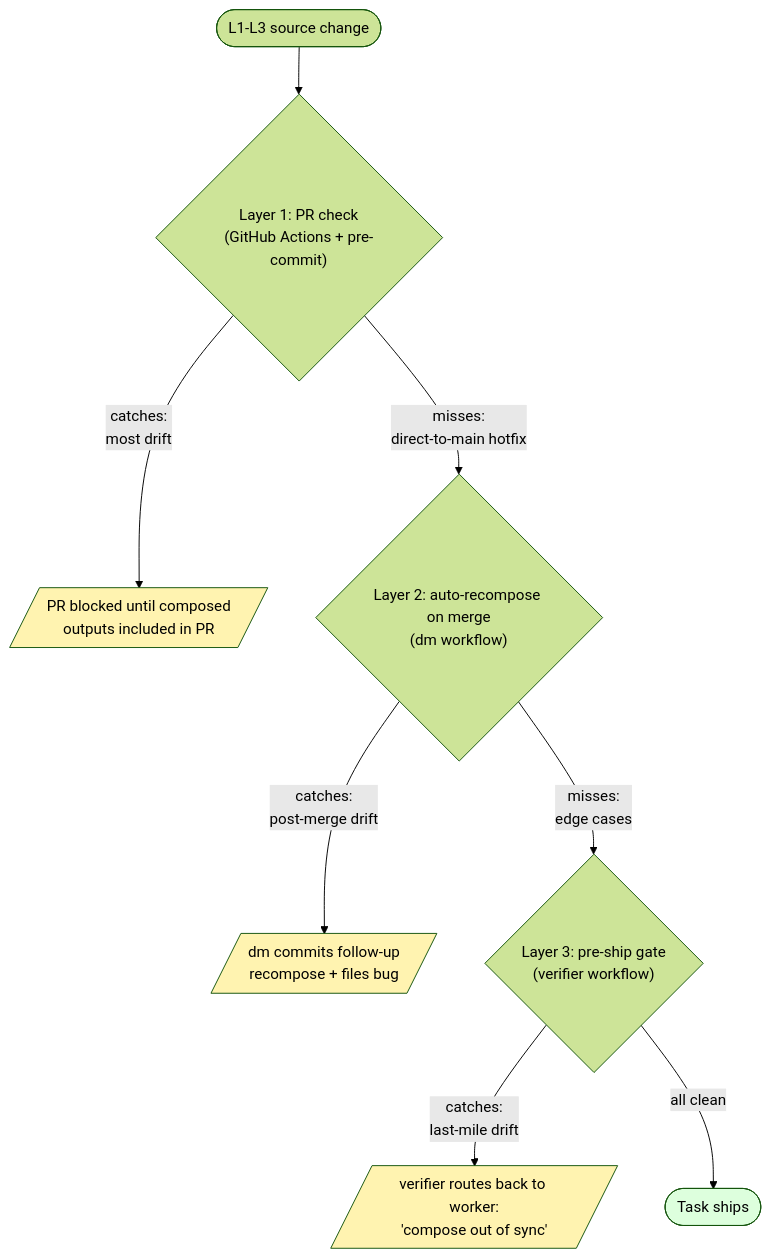
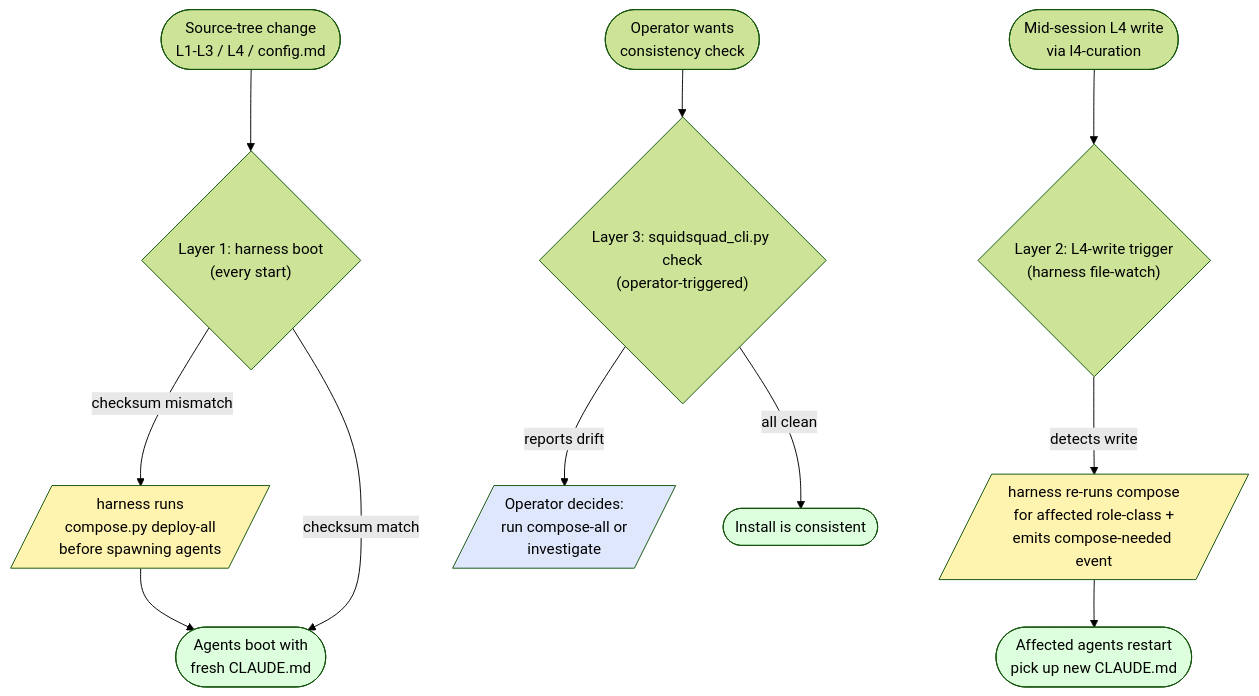
Diagram 12 of 12 in docs/COMPOSE-ARCHITECTURE.md (WallyDoodlez/SquidSquad), drawn with Mermaid (forest theme) before and after one commit. The commit also changed other lines of this file and 1 other file, not shown here.

First line of the commit message:
docs: TRD revision + PRD-A draft (compose link stage)

````diff
--- a/docs/COMPOSE-ARCHITECTURE.md
+++ b/docs/COMPOSE-ARCHITECTURE.md
@@ -1431,17 +1433,25 @@
 ```mermaid
 flowchart TB
-  Change([L1-L3 source change])
-  Change --> L1c{"Layer 1: PR check<br/>(GitHub Actions + pre-commit)"}
-  L1c -->|"catches:<br/>most drift"| L1Block[/"PR blocked until composed<br/>outputs included in PR"/]
-  L1c -->|"misses:<br/>direct-to-main hotfix"| L2c
-  L2c{"Layer 2: auto-recompose on merge<br/>(dm workflow)"}
-  L2c -->|"catches:<br/>post-merge drift"| L2Block[/"dm commits follow-up<br/>recompose + files bug"/]
-  L2c -->|"misses:<br/>edge cases"| L3c
-  L3c{"Layer 3: pre-ship gate<br/>(verifier workflow)"}
-  L3c -->|"catches:<br/>last-mile drift"| L3Block[/"verifier routes back to worker:<br/>'compose out of sync'"/]
-  L3c -->|"all clean"| Ship([Task ships])
-  style L1Block fill:#fff3b0
-  style L2Block fill:#fff3b0
-  style L3Block fill:#fff3b0
-  style Ship fill:#dfd
+  Source([Source-tree change<br/>L1-L3 / L4 / config.md])
+  Source --> Boot{"Layer 1: harness boot<br/>(every start)"}
+  Boot -->|"checksum mismatch"| L1Fix[/"harness runs<br/>compose.py deploy-all<br/>before spawning agents"/]
+  L1Fix --> Spawn([Agents boot with<br/>fresh CLAUDE.md])
+  Boot -->|"checksum match"| Spawn
+
+  L4Write([Mid-session L4 write<br/>via l4-curation])
+  L4Write --> L2c{"Layer 2: L4-write trigger<br/>(harness file-watch)"}
+  L2c -->|"detects write"| L2Fix[/"harness re-runs compose<br/>for affected role-class +<br/>emits compose-needed event"/]
+  L2Fix --> Restart([Affected agents restart<br/>pick up new CLAUDE.md])
+
+  Op([Operator wants<br/>consistency check])
+  Op --> L3c{"Layer 3: squidsquad_cli.py check<br/>(operator-triggered)"}
+  L3c -->|"reports drift"| L3Info[/"Operator decides:<br/>run compose-all or<br/>investigate"/]
+  L3c -->|"all clean"| L3OK([Install is consistent])
+
+  style L1Fix fill:#fff3b0
+  style L2Fix fill:#fff3b0
+  style L3Info fill:#dfe7fd
+  style Spawn fill:#dfd
+  style Restart fill:#dfd
+  style L3OK fill:#dfd
 ```
````
